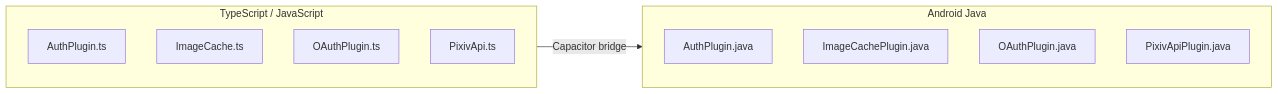
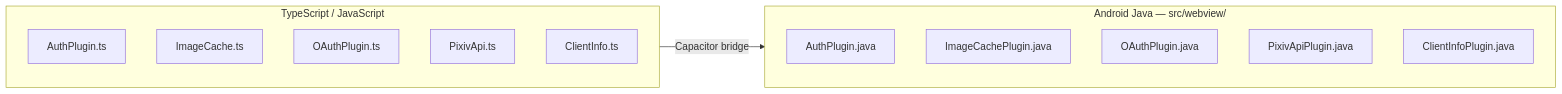
The first of 2 diagrams in openwiki/integrations/android-native.md (a1121611810/Pictelio), drawn with Mermaid before and after one commit. The commit also changed other lines of this file and 2 other files, not shown here.

First line of the commit message:
docs: update docs for v4.0.0 android flavor and e2e tests

````diff
--- a/openwiki/integrations/android-native.md
+++ b/openwiki/integrations/android-native.md
@@ -16,16 +39,18 @@
 ```mermaid
 flowchart LR
     subgraph TS[TypeScript / JavaScript]
         A[AuthPlugin.ts]
         I[ImageCache.ts]
         O[OAuthPlugin.ts]
         P[PixivApi.ts]
+        C[ClientInfo.ts]
     end
-    subgraph Java[Android Java]
+    subgraph Java[Android Java — src/webview/]
         JA[AuthPlugin.java]
         JI[ImageCachePlugin.java]
         JO[OAuthPlugin.java]
         JP[PixivApiPlugin.java]
+        JC[ClientInfoPlugin.java]
     end
     TS -->|Capacitor bridge| Java
 ```
````
